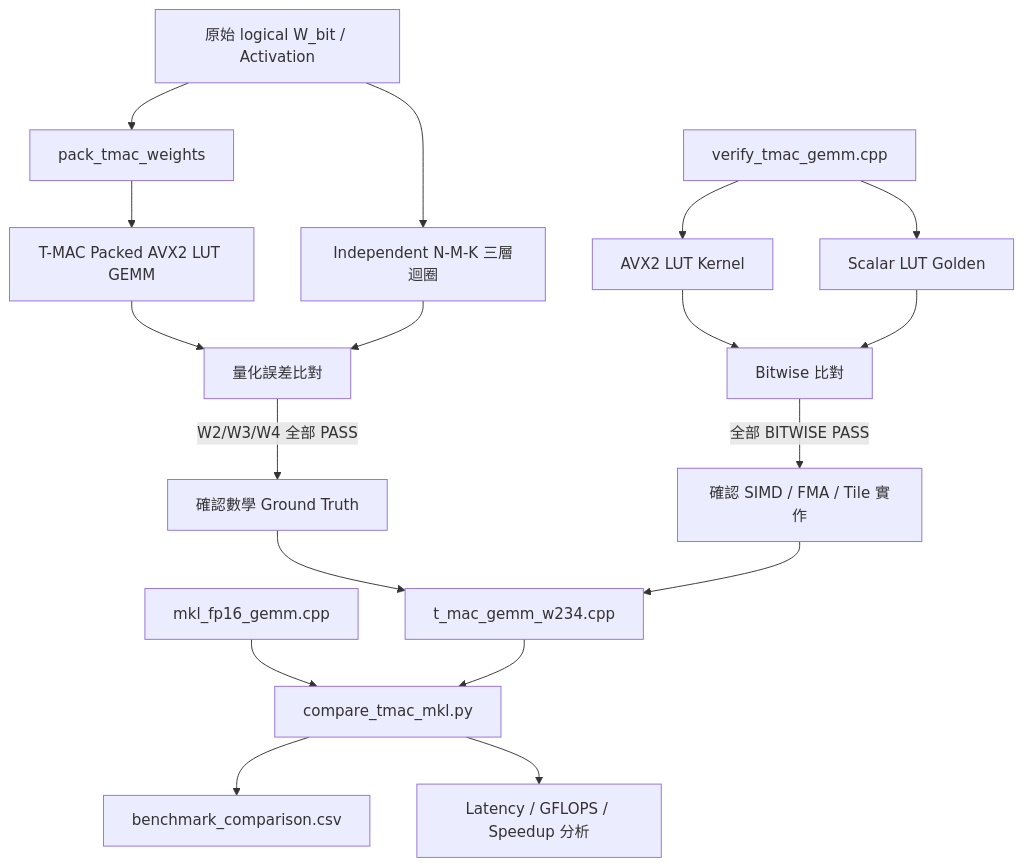
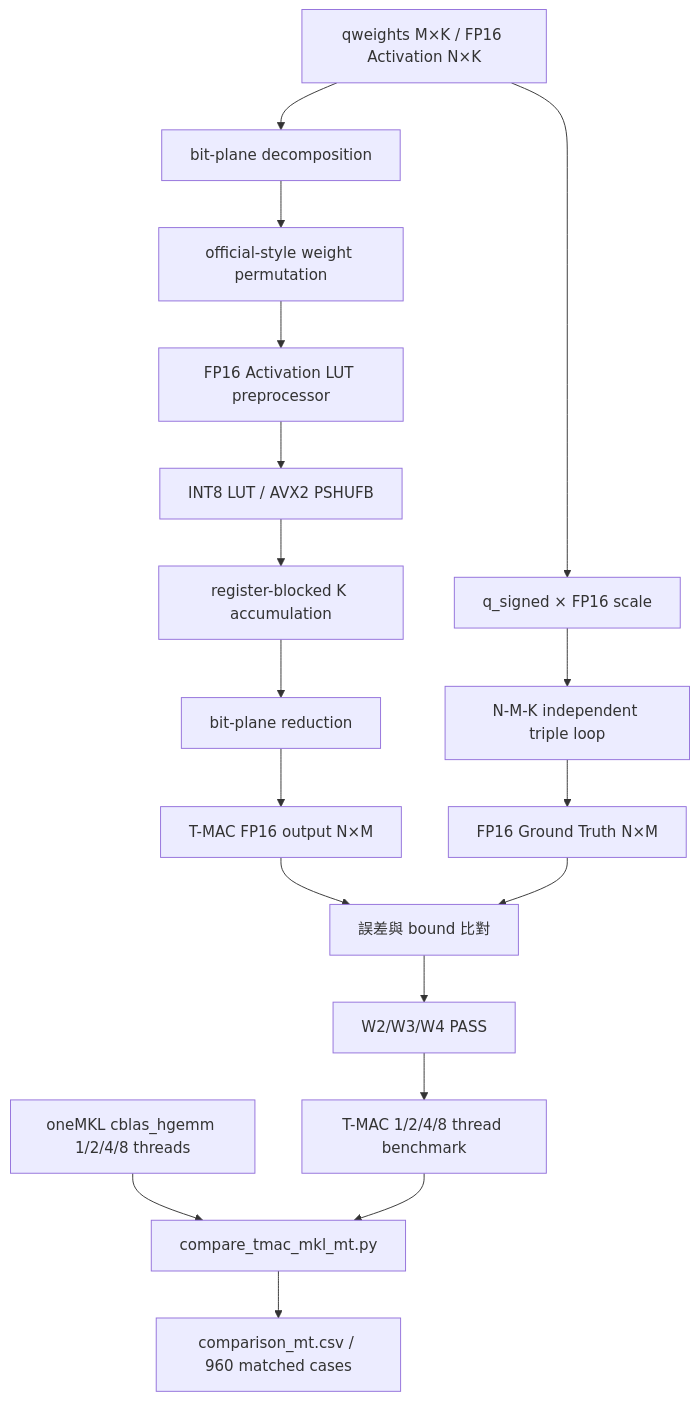
The diagram in verify_GEMM/TMAC_MKL_gemm_benchmark.md (HYHwilliam/MKL-becnhmark-and-T-MAC-benchmark), drawn with Mermaid before and after one commit. The commit also changed other lines of this file and 11 other files, not shown here.

Commit message:
tmac_mkl_mt_benchmark

````diff
--- a/verify_GEMM/TMAC_MKL_gemm_benchmark.md
+++ b/verify_GEMM/TMAC_MKL_gemm_benchmark.md
@@ -716,22 +488,22 @@
 ```mermaid
 graph TD
-    A[原始 logical W_bit / Activation] --> B[pack_tmac_weights]
-    B --> C[T-MAC Packed AVX2 LUT GEMM]
-    A --> D[Independent N-M-K 三層迴圈]
-    C --> E[量化誤差比對]
-    D --> E
-    E -->|W2/W3/W4 全部 PASS| F[確認數學 Ground Truth]
+    A[qweights M×K / FP16 Activation N×K] --> B[bit-plane decomposition]
+    B --> C[official-style weight permutation]
+    C --> D[FP16 Activation LUT preprocessor]
+    D --> E[INT8 LUT / AVX2 PSHUFB]
+    E --> F[register-blocked K accumulation]
+    F --> G[bit-plane reduction]
+    G --> H[T-MAC FP16 output N×M]
 
-    G[verify_tmac_gemm.cpp] --> H[AVX2 LUT Kernel]
-    G --> I[Scalar LUT Golden]
-    H --> J[Bitwise 比對]
-    I --> J
-    J -->|全部 BITWISE PASS| K[確認 SIMD / FMA / Tile 實作]
+    A --> I[q_signed × FP16 scale]
+    I --> J[N-M-K independent triple loop]
+    J --> K[FP16 Ground Truth N×M]
+    H --> L[誤差與 bound 比對]
+    K --> L
+    L --> M[W2/W3/W4 PASS]
 
-    F --> L[t_mac_gemm_w234.cpp]
-    K --> L
-    M[mkl_fp16_gemm.cpp] --> N[compare_tmac_mkl.py]
-    L --> N
-    N --> O[benchmark_comparison.csv]
-    N --> P[Latency / GFLOPS / Speedup 分析]
+    M --> N[T-MAC 1/2/4/8 thread benchmark]
+    O[oneMKL cblas_hgemm 1/2/4/8 threads] --> P[compare_tmac_mkl_mt.py]
+    N --> P
+    P --> Q[comparison_mt.csv / 960 matched cases]
 ```
````
